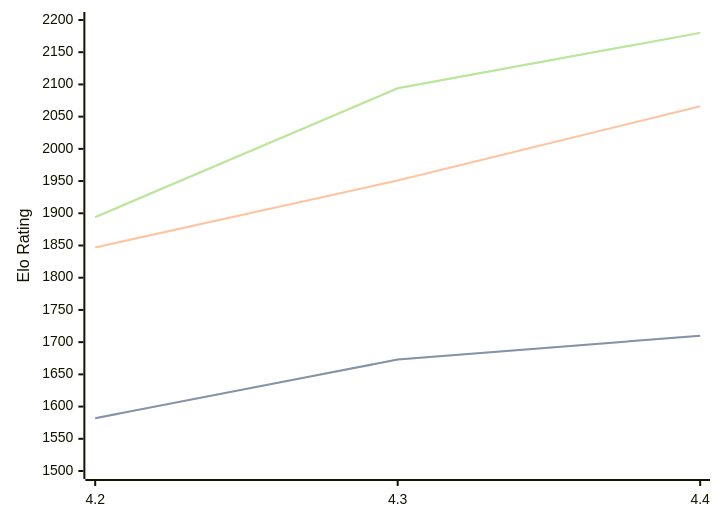
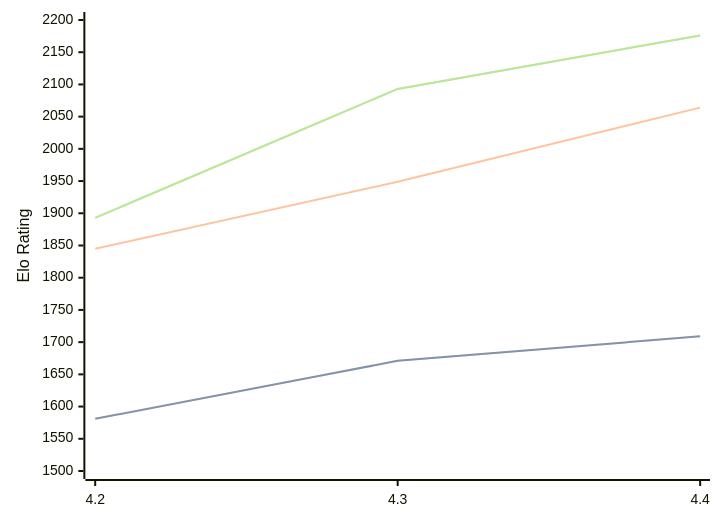
The diagram in engines/Radiance.md (computer-chess-index/cci), drawn with Mermaid before and after one commit. The commit also changed other lines of this file, not shown here.

Commit message:
Update CCI Ratings (ELO VLTC) - 2026-05-22

````diff
--- a/engines/Radiance.md
+++ b/engines/Radiance.md
@@ -36,11 +36,11 @@
 ```mermaid
 %%{init: {"theme":"base","themeVariables":{"seriesColors:['#a3a3a3','#222221','#faa371']}}}%%
 xychart-beta
   x-axis ["4.2", "4.3", "4.4"]
   y-axis "Elo Rating" 1500 --> 2200
-  line "STC (8.0+0.08s)" [1582, 1673, 1710]
-  line "STC (8.0+0.08s)" [1582, 1673, 1710]
-  line "LTC (60.0+0.60s)" [1847, 1951, 2066]
-  line "VLTC (2m24s+1.12s)" [1894, 2094, 2180]
-  line "VLTC (2m24s+1.12s)" [1894, 2094, 2180]
+  line "STC (8.0+0.08s)" [1581, 1671, 1709]
+  line "STC (8.0+0.08s)" [1581, 1671, 1709]
+  line "LTC (60.0+0.60s)" [1845, 1949, 2064]
+  line "VLTC (2m24s+1.12s)" [1893, 2093, 2176]
+  line "VLTC (2m24s+1.12s)" [1893, 2093, 2176]
 ```
````
